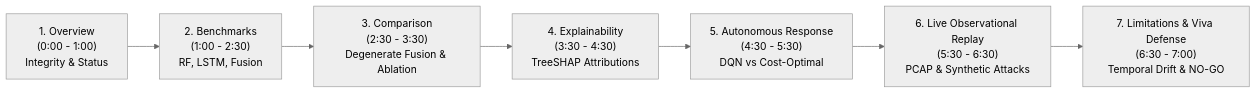
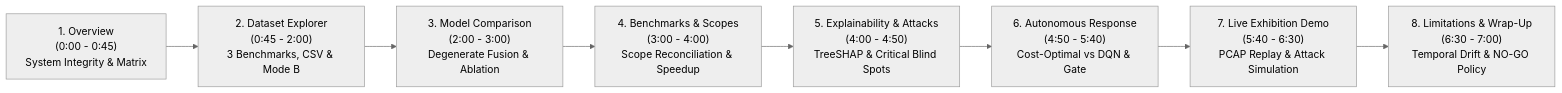
One commit to rishikeshgowdakk/fyp-xrlids changed the diagram in docs/EXHIBITION_GUIDE.md. Above: the diagram before and after it, drawn with Mermaid (neutral theme). The commit also changed other lines of this file and 9 other files, not shown here.

Commit message:
fix(benchmarks): dynamically load canonical artifacts, reconcile measurement scopes, and update exhibition docs

````diff
--- a/docs/EXHIBITION_GUIDE.md
+++ b/docs/EXHIBITION_GUIDE.md
@@ -65,9 +65,10 @@
 ```mermaid
 flowchart LR
-    M1["1. Overview\n(0:00 - 1:00)\nIntegrity & Status"] --> M2["2. Benchmarks\n(1:00 - 2:30)\nRF, LSTM, Fusion"]
-    M2 --> M3["3. Comparison\n(2:30 - 3:30)\nDegenerate Fusion & Ablation"]
-    M3 --> M4["4. Explainability\n(3:30 - 4:30)\nTreeSHAP Attributions"]
-    M4 --> M5["5. Autonomous Response\n(4:30 - 5:30)\nDQN vs Cost-Optimal"]
-    M5 --> M6["6. Live Observational Replay\n(5:30 - 6:30)\nPCAP & Synthetic Attacks"]
-    M6 --> M7["7. Limitations & Viva Defense\n(6:30 - 7:00)\nTemporal Drift & NO-GO"]
+    M1["1. Overview\n(0:00 - 0:45)\nSystem Integrity & Matrix"] --> M2["2. Dataset Explorer\n(0:45 - 2:00)\n3 Benchmarks, CSV & Mode B"]
+    M2 --> M3["3. Model Comparison\n(2:00 - 3:00)\nDegenerate Fusion & Ablation"]
+    M3 --> M4["4. Benchmarks & Scopes\n(3:00 - 4:00)\nScope Reconciliation & Speedup"]
+    M4 --> M5["5. Explainability & Attacks\n(4:00 - 4:50)\nTreeSHAP & Critical Blind Spots"]
+    M5 --> M6["6. Autonomous Response\n(4:50 - 5:40)\nCost-Optimal vs DQN & Gate"]
+    M6 --> M7["7. Live Exhibition Demo\n(5:40 - 6:30)\nPCAP Replay & Attack Simulation"]
+    M7 --> M8["8. Limitations & Wrap-Up\n(6:30 - 7:00)\nTemporal Drift & NO-GO Policy"]
 ```
````
